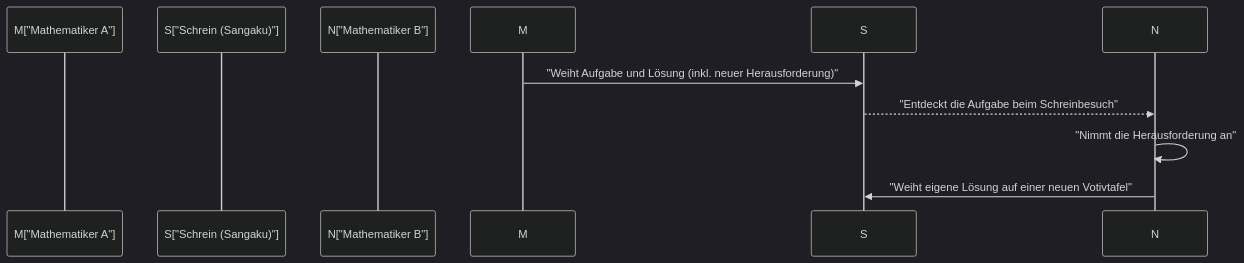
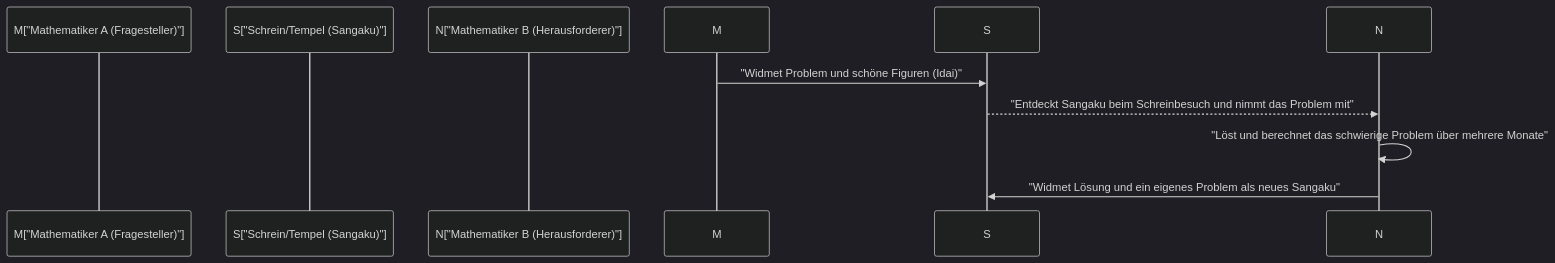
One commit to kenjinote/blog changed the second of 2 diagrams in content/post/history-of-wasan-japanese-mathematics/index.de.md. Above: the diagram before and after it, drawn with Mermaid (dark theme). The commit also changed other lines of this file and 129 other files, not shown here.

````diff
--- a/content/post/history-of-wasan-japanese-mathematics/index.de.md
+++ b/content/post/history-of-wasan-japanese-mathematics/index.de.md
@@ -68,11 +70,11 @@
 ```mermaid
 sequenceDiagram
-    participant M["Mathematiker A"]
-    participant S["Schrein (Sangaku)"]
-    participant N["Mathematiker B"]
+    participant M["Mathematiker A (Fragesteller)"]
+    participant S["Schrein/Tempel (Sangaku)"]
+    participant N["Mathematiker B (Herausforderer)"]
     
-    M->>S: "Weiht Aufgabe und Lösung (inkl. neuer Herausforderung)"
-    S-->>N: "Entdeckt die Aufgabe beim Schreinbesuch"
-    N->>N: "Nimmt die Herausforderung an"
-    N->>S: "Weiht eigene Lösung auf einer neuen Votivtafel"
+    M->>S: "Widmet Problem und schöne Figuren (Idai)"
+    S-->>N: "Entdeckt Sangaku beim Schreinbesuch und nimmt das Problem mit"
+    N->>N: "Löst und berechnet das schwierige Problem über mehrere Monate"
+    N->>S: "Widmet Lösung und ein eigenes Problem als neues Sangaku"
 ```
````
